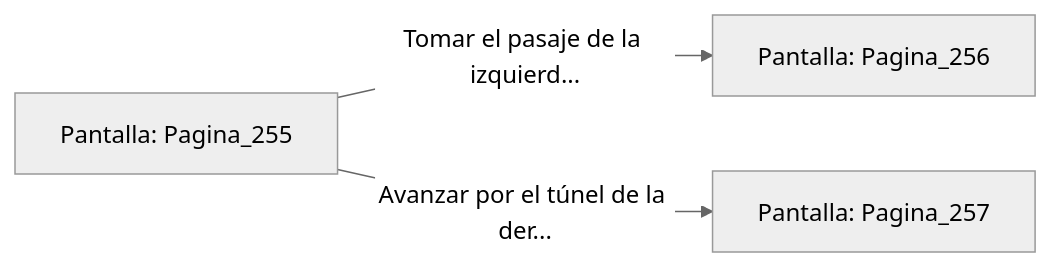
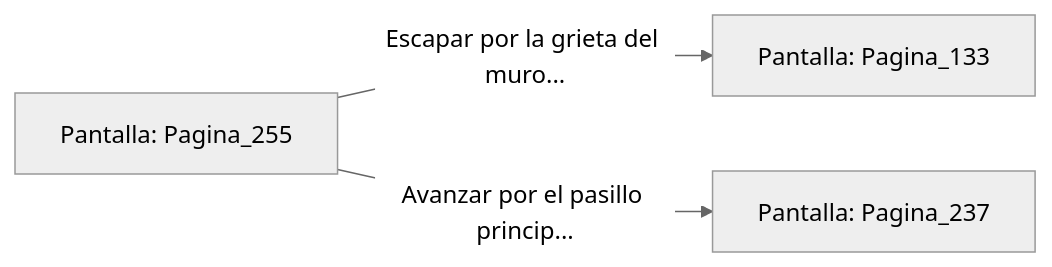
Before and after one commit to metsuke/mpl: the diagram in sample/eligejuego-vault/Pantalla_Pagina_255.md, drawn with Mermaid (neutral theme). The commit also changed other lines of this file and 635 other files, not shown here.

First line of the commit message:
fix: añadir Pagina_1 como pantalla inicial en capitulo_01.mpl

````diff
--- a/sample/eligejuego-vault/Pantalla_Pagina_255.md
+++ b/sample/eligejuego-vault/Pantalla_Pagina_255.md
@@ -20,6 +24,6 @@
 ```mermaid
 graph LR
     P_Pagina_255["Pantalla: Pagina_255"]
-    P_Pagina_255 -->|"Tomar el pasaje de la izquierd..."| P_Pagina_256["Pantalla: Pagina_256"]
-    P_Pagina_255 -->|"Avanzar por el túnel de la der..."| P_Pagina_257["Pantalla: Pagina_257"]
+    P_Pagina_255 -->|"Escapar por la grieta del muro..."| P_Pagina_133["Pantalla: Pagina_133"]
+    P_Pagina_255 -->|"Avanzar por el pasillo princip..."| P_Pagina_237["Pantalla: Pagina_237"]
 ```
````
